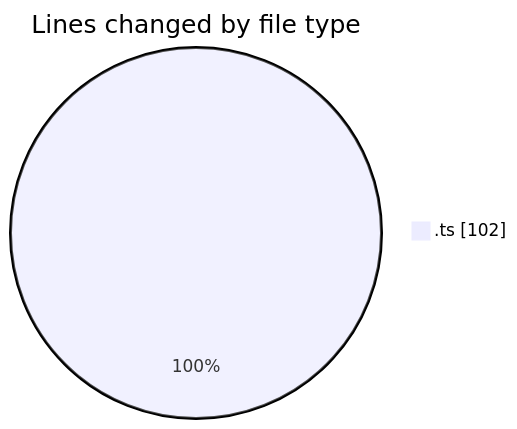
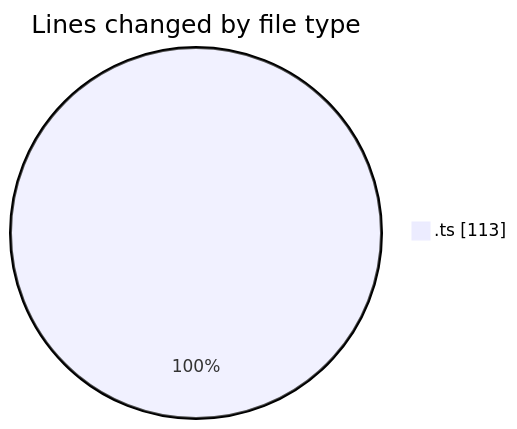
One commit to igalym/code-tracking changed the first of 2 diagrams in 2026-03-30/cinema/README.md. Above: the diagram before and after it, drawn with Mermaid. The commit also changed other lines of this file and 1 other file, not shown here.

````diff
--- a/2026-03-30/cinema/README.md
+++ b/2026-03-30/cinema/README.md
@@ -23,5 +24,5 @@
 ```mermaid
 pie showData
 title Lines changed by file type
-".ts" : 102
+".ts" : 113
 ```
````
